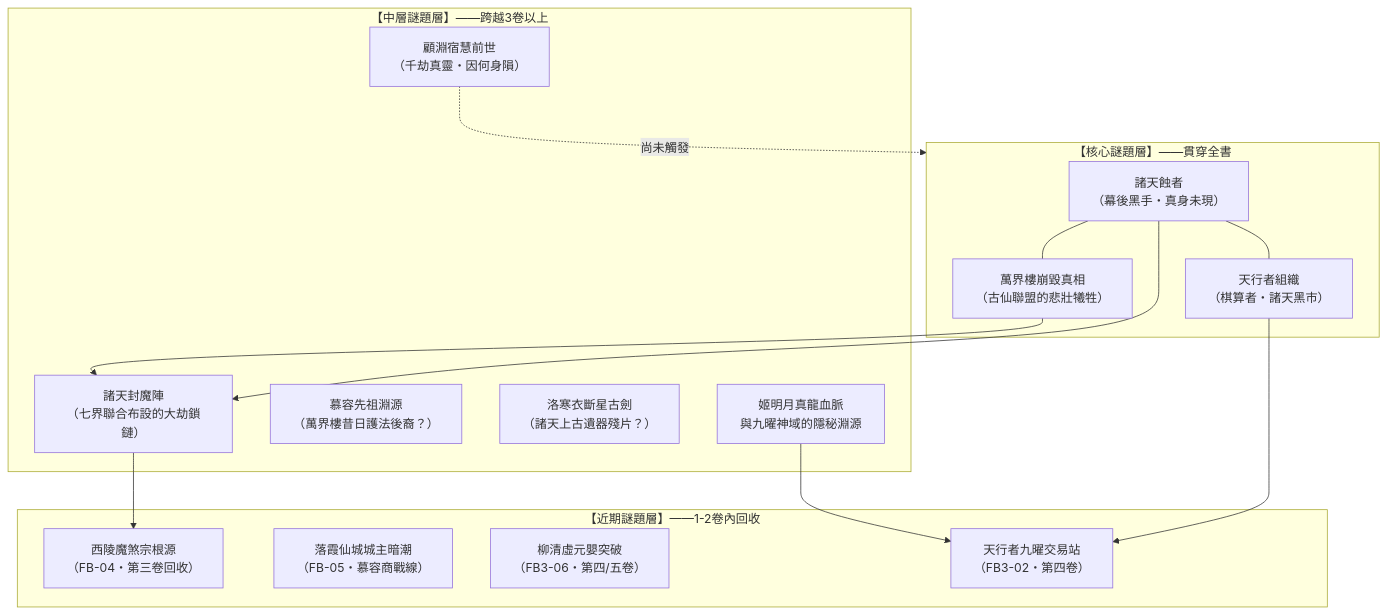
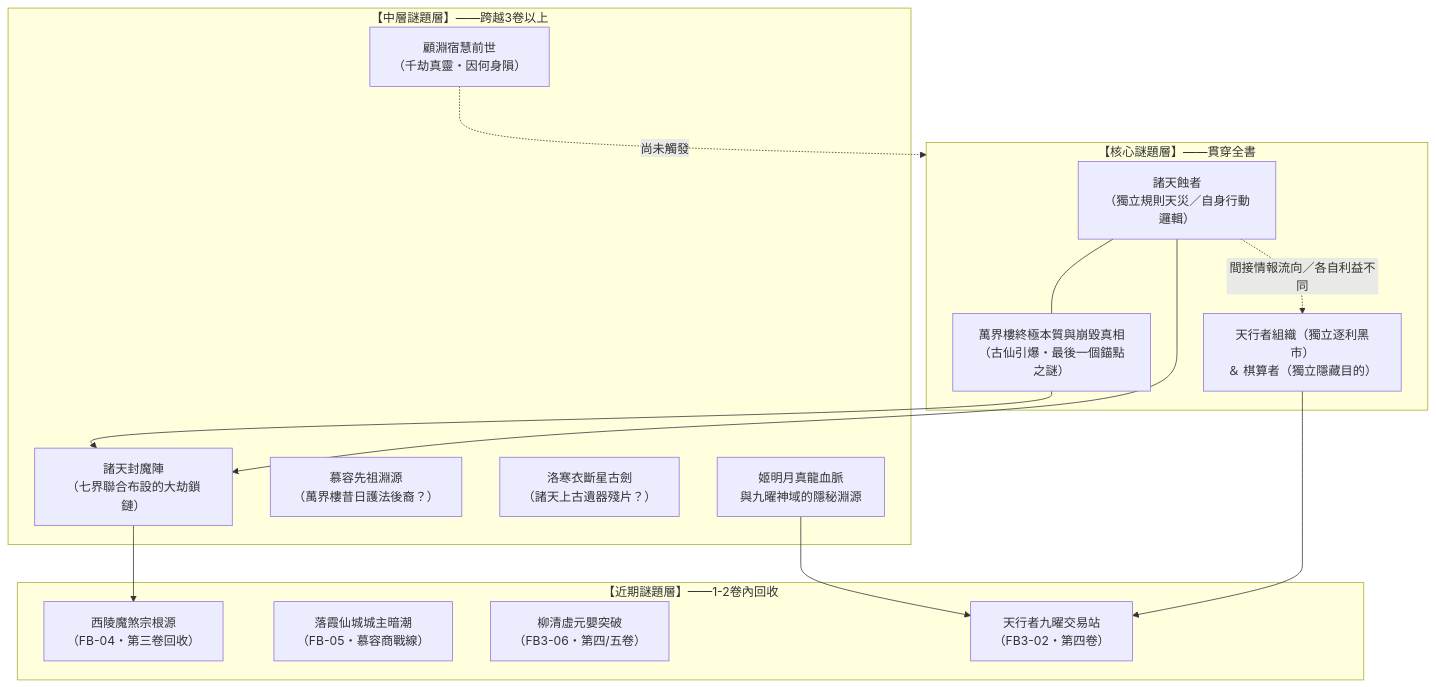
Before and after one commit to wade-fs/novel: the first of 2 diagrams in sex/docs/arcs/MASTER_FORESHADOWING.md, drawn with Mermaid. The commit also changed other lines of this file and 5 other files, not shown here.

````diff
--- a/sex/docs/arcs/MASTER_FORESHADOWING.md
+++ b/sex/docs/arcs/MASTER_FORESHADOWING.md
@@ -11,32 +11,32 @@
 ```mermaid
 flowchart TD
     subgraph CORE["【核心謎題層】——貫穿全書"]
-        A["諸天蝕者<br>（幕後黑手・真身未現）"]
-        B["萬界樓崩毀真相<br>（古仙聯盟的悲壯犧牲）"]
-        C["天行者組織<br>（棋算者・諸天黑市）"]
+        A["諸天蝕者<br>（獨立規則天災／自身行動邏輯）"]
+        B["萬界樓終極本質與崩毀真相<br>（古仙引爆・最後一個錨點之謎）"]
+        C["天行者組織（獨立逐利黑市）<br>＆ 棋算者（獨立隱藏目的）"]
         A --- B
-        A --- C
+        A -.->|間接情報流向／各自利益不同| C
     end
 
     subgraph MID["【中層謎題層】——跨越3卷以上"]
         D["諸天封魔陣<br>（七界聯合布設的大劫鎖鏈）"]
         E["顧淵宿慧前世<br>（千劫真靈・因何身隕）"]
         F["慕容先祖淵源<br>（萬界樓昔日護法後裔？）"]
         G["洛寒衣斷星古劍<br>（諸天上古遺器殘片？）"]
         H["姬明月真龍血脈<br>與九曜神域的隱秘淵源"]
     end
 
     subgraph LOW["【近期謎題層】——1-2卷內回收"]
         I["西陵魔煞宗根源<br>（FB-04・第三卷回收）"]
         J["落霞仙城城主暗潮<br>（FB-05・慕容商戰線）"]
         K["柳清虛元嬰突破<br>（FB3-06・第四/五卷）"]
         L["天行者九曜交易站<br>（FB3-02・第四卷）"]
     end
 
     A --> D
     B --> D
     C --> L
     D --> I
     E -.->|尚未觸發| CORE
     H --> L
 ```
````
